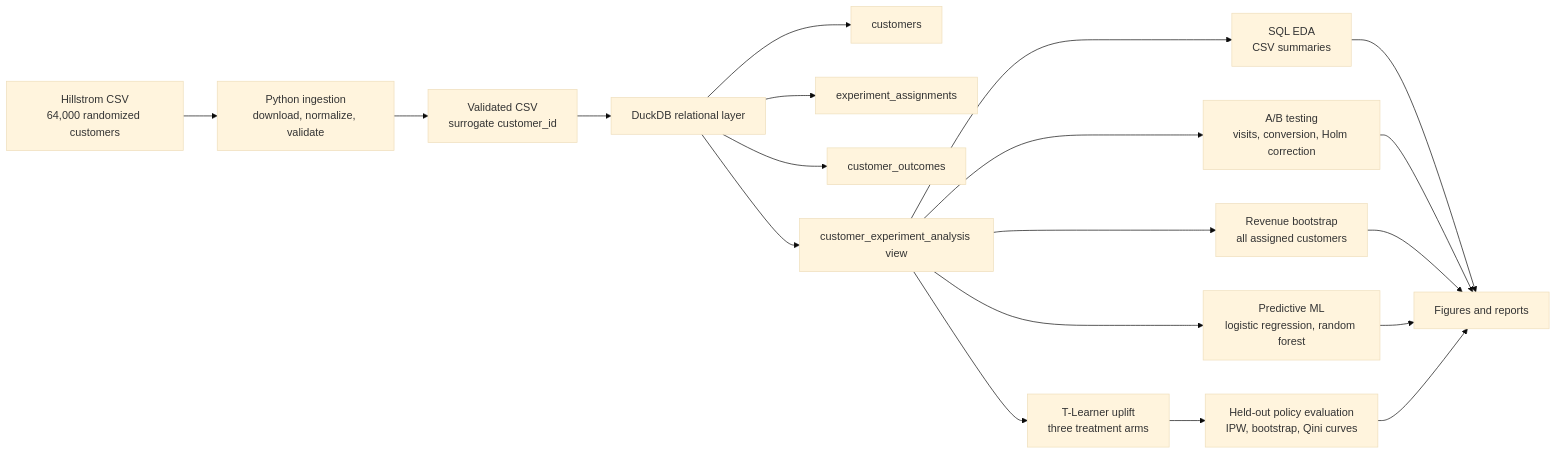
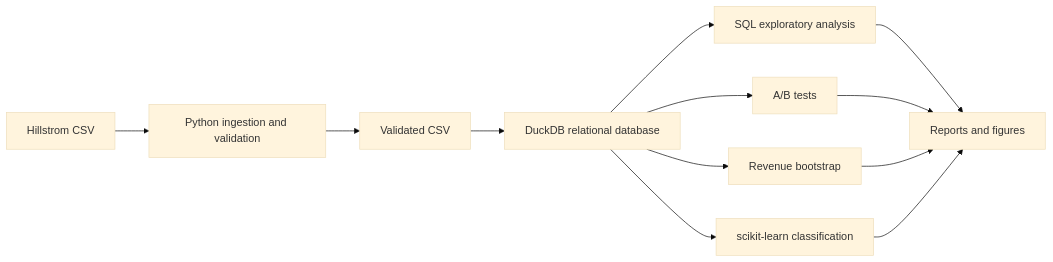
Before and after one commit to abrarhuda/marketing: the diagram in README.md, drawn with Mermaid (base theme). The commit also changed other lines of this file and 25 other files, not shown here.

Commit message:
Align analysis and documentation around predictive modeling

````diff
--- a/README.md
+++ b/README.md
@@ -84,21 +54,14 @@
 ```mermaid
 flowchart LR
-    A[Hillstrom CSV<br/>64,000 randomized customers] --> B[Python ingestion<br/>download, normalize, validate]
-    B --> C[Validated CSV<br/>surrogate customer_id]
-    C --> D[DuckDB relational layer]
-    D --> D1[customers]
-    D --> D2[experiment_assignments]
-    D --> D3[customer_outcomes]
-    D --> E[customer_experiment_analysis view]
-    E --> F[SQL EDA<br/>CSV summaries]
-    E --> G[A/B testing<br/>visits, conversion, Holm correction]
-    E --> H[Revenue bootstrap<br/>all assigned customers]
-    E --> I[Predictive ML<br/>logistic regression, random forest]
-    E --> J[T-Learner uplift<br/>three treatment arms]
-    J --> K[Held-out policy evaluation<br/>IPW, bootstrap, Qini curves]
-    F --> L[Figures and reports]
-    G --> L
-    H --> L
-    I --> L
-    K --> L
+    A[Hillstrom CSV] --> B[Python ingestion and validation]
+    B --> C[Validated CSV]
+    C --> D[DuckDB relational database]
+    D --> E[SQL exploratory analysis]
+    D --> F[A/B tests]
+    D --> G[Revenue bootstrap]
+    D --> H[scikit-learn classification]
+    E --> I[Reports and figures]
+    F --> I
+    G --> I
+    H --> I
 ```
````
